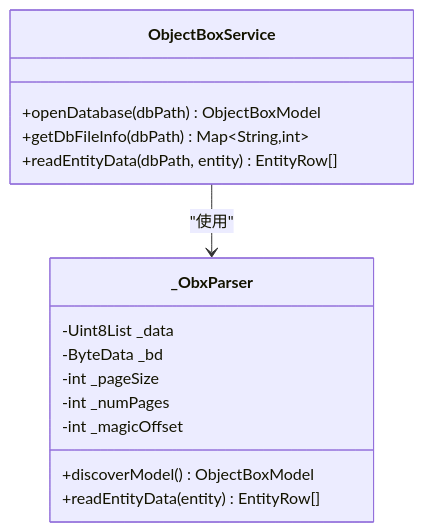
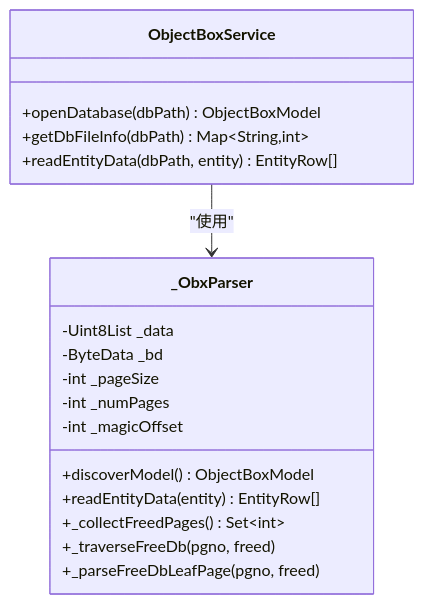
Before and after one commit to kongpf8848/objectbox_viewer: the third of 7 diagrams in .qoder/repowiki/zh/content/架构设计/服务层架构.md, drawn with Mermaid. The commit also changed other lines of this file and 9 other files, not shown here.

````diff
--- a/.qoder/repowiki/zh/content/架构设计/服务层架构.md
+++ b/.qoder/repowiki/zh/content/架构设计/服务层架构.md
@@ -147,18 +176,21 @@
 ```mermaid
 classDiagram
 class ObjectBoxService {
 +openDatabase(dbPath) ObjectBoxModel
 +getDbFileInfo(dbPath) Map~String,int~
 +readEntityData(dbPath, entity) EntityRow[]
 }
 class _ObxParser {
 -Uint8List _data
 -ByteData _bd
 -int _pageSize
 -int _numPages
 -int _magicOffset
 +discoverModel() ObjectBoxModel
 +readEntityData(entity) EntityRow[]
++_collectFreedPages() Set~int~
++_traverseFreeDb(pgno, freed)
++_parseFreeDbLeafPage(pgno, freed)
 }
 ObjectBoxService --> _ObxParser : "使用"
 ```
````
